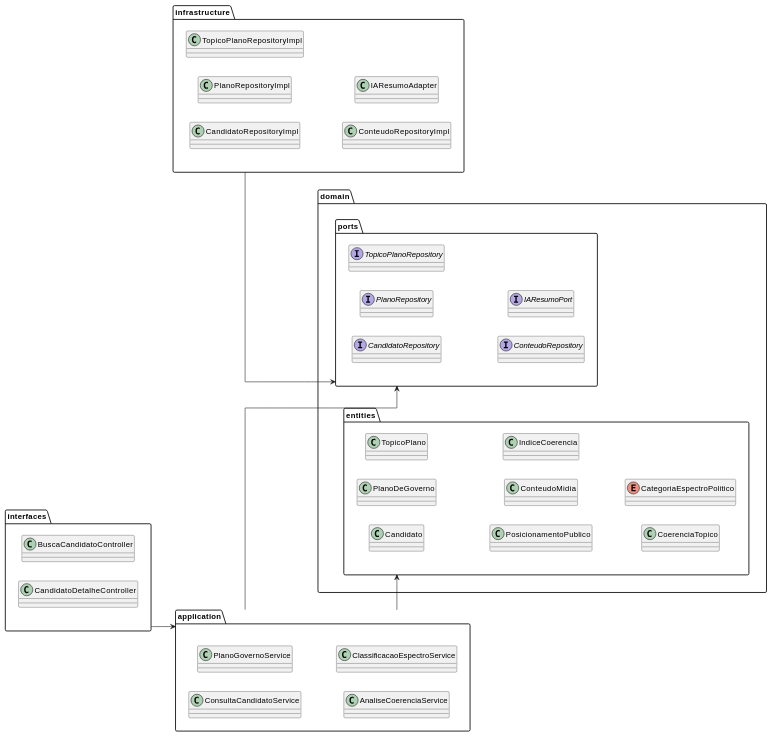
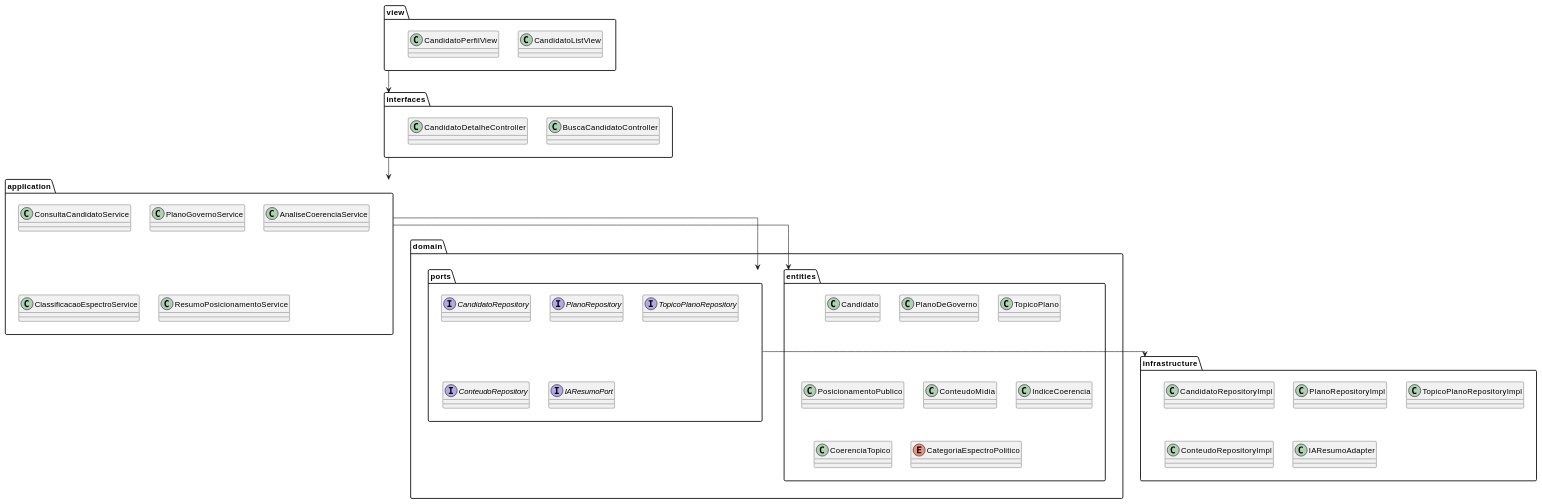
Before and after one commit to gabrielfaravola/ProjetoEngenharia: the diagram in Documentação /04 - Implementação/Diagrama_Pacotes.md, drawn with PlantUML. The commit also changed other lines of this file, not shown here.

````diff
--- a/Documentação /04 - Implementação/Diagrama_Pacotes.md
+++ b/Documentação /04 - Implementação/Diagrama_Pacotes.md
@@ -19,66 +20,72 @@
 ```plantuml
 @startuml
 
 
 skinparam linetype ortho
-left to right direction
+top to bottom direction
 skinparam shadowing false
 
+package "view" {
+ class CandidatoListView
+ class CandidatoPerfilView
+}
 package "interfaces" {
 
   class BuscaCandidatoController
   class CandidatoDetalheController
 
 }
 
 package "application" {
 
   class ConsultaCandidatoService
   class PlanoGovernoService
   class AnaliseCoerenciaService
   class ClassificacaoEspectroService
+  class ResumoPosicionamentoService
 
 }
 
 package "domain.entities" {
 
   class Candidato
   class PlanoDeGoverno
   class TopicoPlano
   class PosicionamentoPublico
   class ConteudoMidia
   class IndiceCoerencia
   class CoerenciaTopico
   enum CategoriaEspectroPolitico
 
 }
 
 package "domain.ports" {
 
   interface CandidatoRepository
   interface PlanoRepository
   interface TopicoPlanoRepository
   interface ConteudoRepository
   interface IAResumoPort
 
 }
 
 package "infrastructure" {
 
   class CandidatoRepositoryImpl
   class PlanoRepositoryImpl
   class TopicoPlanoRepositoryImpl
   class ConteudoRepositoryImpl
   class IAResumoAdapter
 
 }
 
 ' Dependências entre pacotes
 
+view --> interfaces
 interfaces --> application
-infrastructure --> domain.ports
+domain.ports --> infrastructure
 application --> domain.entities
 application --> domain.ports
 
 @enduml
 ```
````
